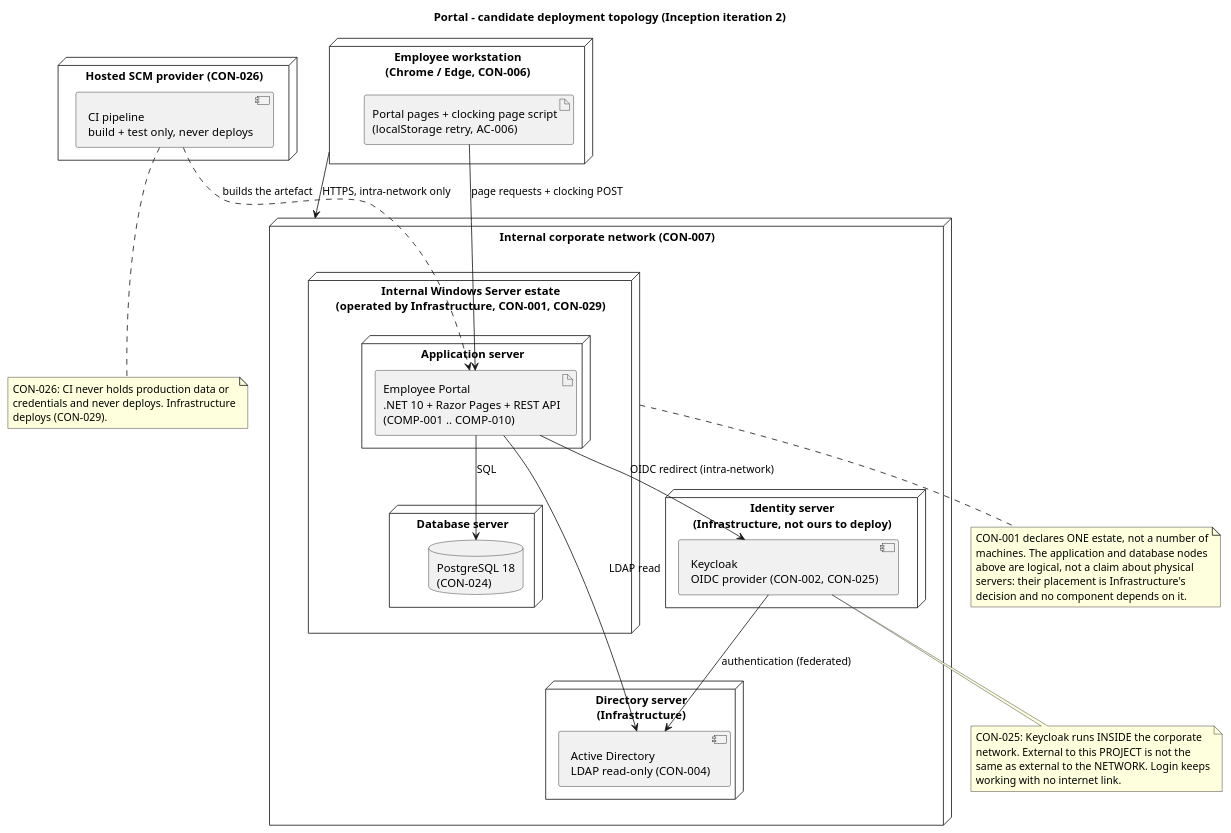
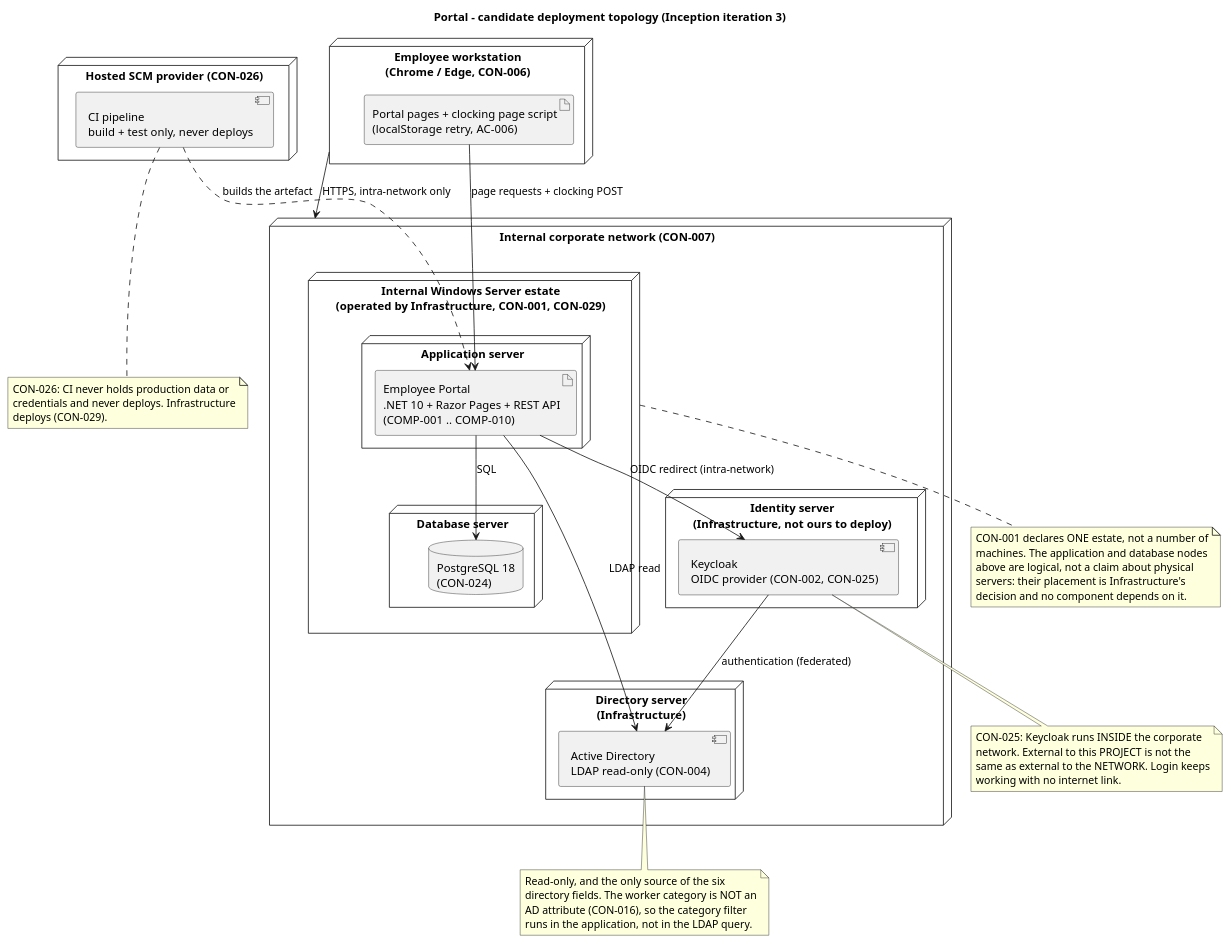
One commit to banense-test/portal changed the eighth of 8 diagrams in docs/artifacts/analysis---design/software-architecture-document.md. Above: the diagram before and after it, drawn with PlantUML. The commit also changed other lines of this file, not shown here.

Commit message:
Software Architect [I3]: upsert Software Architecture Document
[skip ci]

````diff
--- a/docs/artifacts/analysis---design/software-architecture-document.md
+++ b/docs/artifacts/analysis---design/software-architecture-document.md
@@ -876,62 +876,69 @@
 ```plantuml
 @startuml Portal_Deployment
-title Portal - candidate deployment topology (Inception iteration 2)
+title Portal - candidate deployment topology (Inception iteration 3)
 
 node "Employee workstation\n(Chrome / Edge, CON-006)" as WS {
   artifact "Portal pages + clocking page script\n(localStorage retry, AC-006)" as BROWSER
 }
 
 node "Internal corporate network (CON-007)" as NET {
 
   node "Internal Windows Server estate\n(operated by Infrastructure, CON-001, CON-029)" as ESTATE {
     node "Application server" as APPSRV {
       artifact "Employee Portal\n.NET 10 + Razor Pages + REST API\n(COMP-001 .. COMP-010)" as APP
     }
     node "Database server" as DBSRV {
       database "PostgreSQL 18\n(CON-024)" as PG
     }
   }
 
   node "Identity server\n(Infrastructure, not ours to deploy)" as IDSRV {
     component "Keycloak\nOIDC provider (CON-002, CON-025)" as KC
   }
 
   node "Directory server\n(Infrastructure)" as DIRSRV {
     component "Active Directory\nLDAP read-only (CON-004)" as AD
   }
 }
 
 node "Hosted SCM provider (CON-026)" as CI {
   component "CI pipeline\nbuild + test only, never deploys" as PIPE
 }
 
 WS --> NET : HTTPS, intra-network only
 BROWSER --> APP : page requests + clocking POST
 APP --> PG : SQL
 APP --> KC : OIDC redirect (intra-network)
 APP --> AD : LDAP read
 KC --> AD : authentication (federated)
 PIPE ..> APP : builds the artefact
 
 note bottom of PIPE
   CON-026: CI never holds production data or
   credentials and never deploys. Infrastructure
   deploys (CON-029).
 end note
 
 note bottom of KC
   CON-025: Keycloak runs INSIDE the corporate
   network. External to this PROJECT is not the
   same as external to the NETWORK. Login keeps
   working with no internet link.
 end note
 
 note bottom of ESTATE
   CON-001 declares ONE estate, not a number of
   machines. The application and database nodes
   above are logical, not a claim about physical
   servers: their placement is Infrastructure's
   decision and no component depends on it.
 end note
+
+note bottom of AD
+  Read-only, and the only source of the six
+  directory fields. The worker category is NOT an
+  AD attribute (CON-016), so the category filter
+  runs in the application, not in the LDAP query.
+end note
 @enduml
 ```
````
